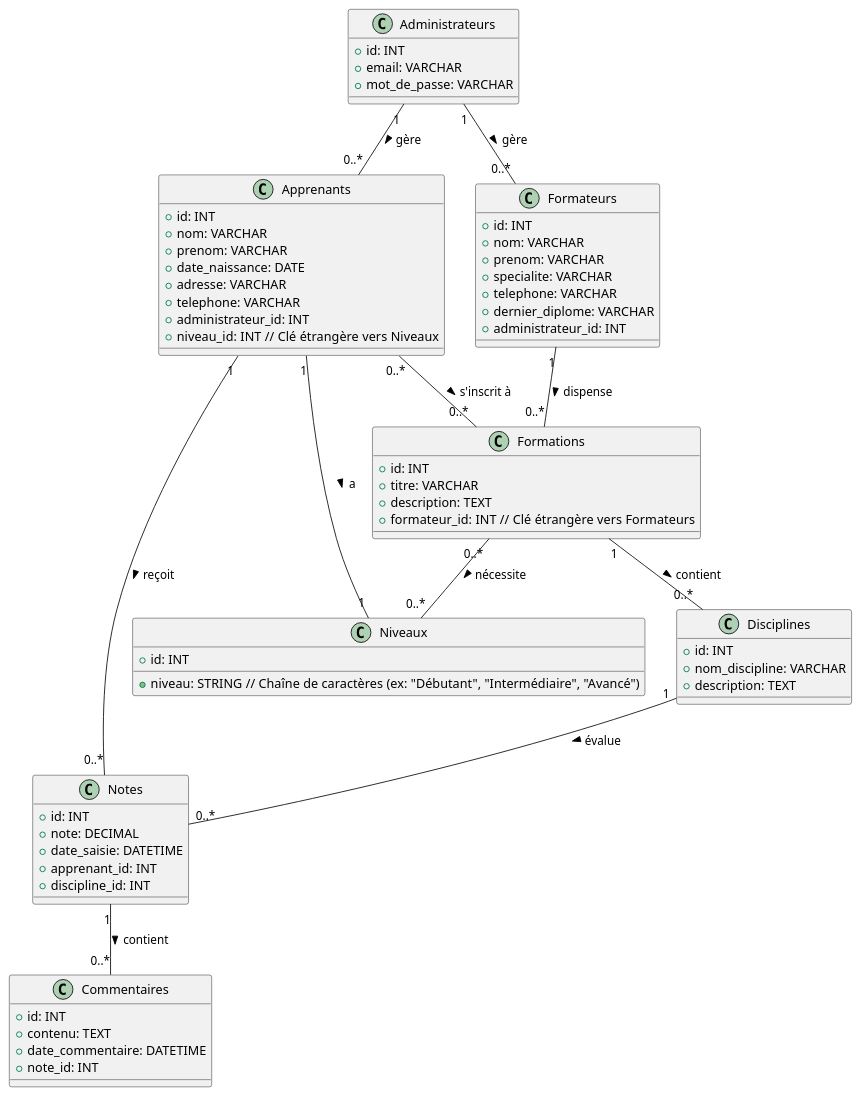
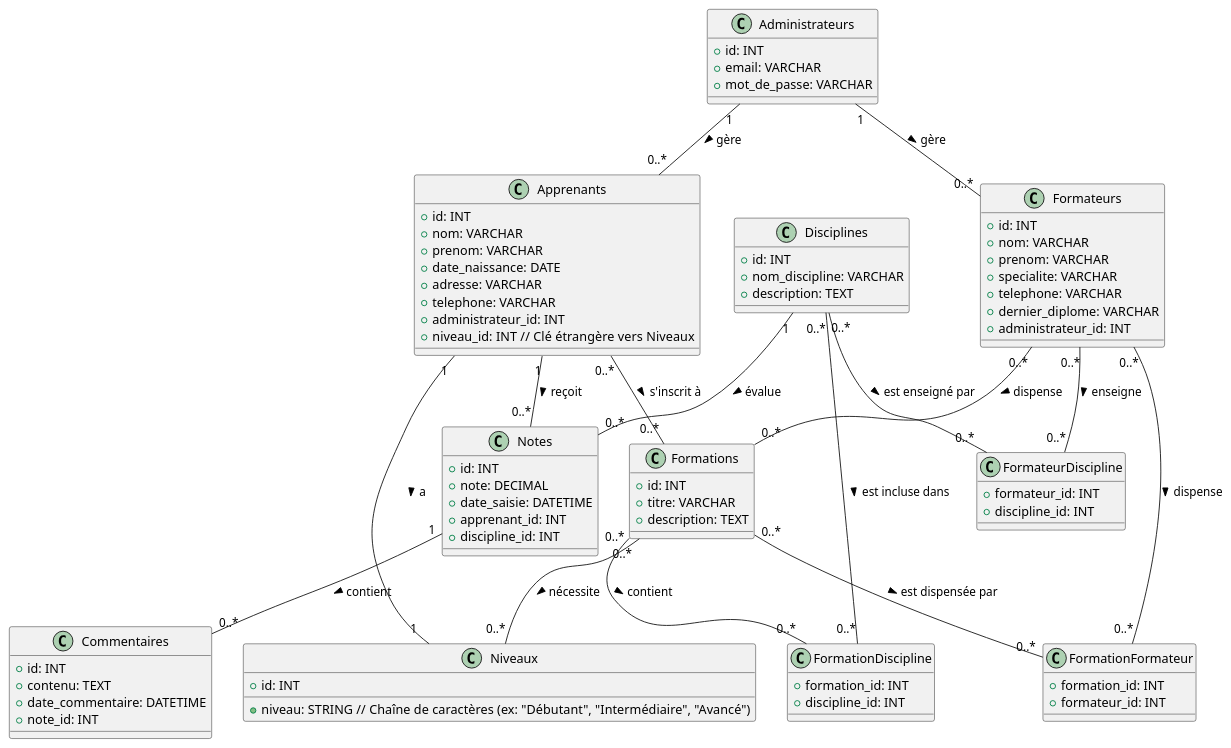
The diagram in classe.plantUml (expedit206/student_app), drawn with PlantUML before and after one commit. The commit also changed 21 other files, not shown here.

```diff
--- a/classe.plantUml
+++ b/classe.plantUml
@@ -1,74 +1,93 @@
 @startuml
 
 class Administrateurs {
     +id: INT
     +email: VARCHAR
     +mot_de_passe: VARCHAR
 }
 
 class Apprenants {
     +id: INT
     +nom: VARCHAR
     +prenom: VARCHAR
     +date_naissance: DATE
     +adresse: VARCHAR
     +telephone: VARCHAR
     +administrateur_id: INT
     +niveau_id: INT  // Clé étrangère vers Niveaux
 }
 
 class Formateurs {
     +id: INT
     +nom: VARCHAR
     +prenom: VARCHAR
     +specialite: VARCHAR
     +telephone: VARCHAR
     +dernier_diplome: VARCHAR
     +administrateur_id: INT
 }
 
 class Disciplines {
     +id: INT
     +nom_discipline: VARCHAR
     +description: TEXT
 }
 
 class Formations {
     +id: INT
     +titre: VARCHAR
     +description: TEXT
-    +formateur_id: INT  // Clé étrangère vers Formateurs
 }
 
 class Niveaux {
     +id: INT
     +niveau: STRING  // Chaîne de caractères (ex: "Débutant", "Intermédiaire", "Avancé")
 }
 
 class Notes {
     +id: INT
     +note: DECIMAL
     +date_saisie: DATETIME
     +apprenant_id: INT
     +discipline_id: INT
 }
 
 class Commentaires {
     +id: INT
     +contenu: TEXT
     +date_commentaire: DATETIME
     +note_id: INT
 }
 
+class FormationDiscipline {
+    +formation_id: INT
+    +discipline_id: INT
+}
+
+class FormateurDiscipline {
+    +formateur_id: INT
+    +discipline_id: INT
+}
+
+class FormationFormateur {
+    +formation_id: INT
+    +formateur_id: INT
+}
+
 Administrateurs "1" -- "0..*" Apprenants : gère >
 Administrateurs "1" -- "0..*" Formateurs : gère >
-Formations "1" -- "0..*" Disciplines : contient >
+Formations "0..*" -- "0..*" FormationDiscipline : contient >
+Disciplines "0..*" -- "0..*" FormationDiscipline : est incluse dans >
 Apprenants "1" -- "0..*" Notes : reçoit >
 Disciplines "1" -- "0..*" Notes : évalue >
 Notes "1" -- "0..*" Commentaires : contient >
 Apprenants "0..*" -- "0..*" Formations : s'inscrit à >
 Formations "0..*" -- "0..*" Niveaux : nécessite >
 Apprenants "1" -- "1" Niveaux : a >
-Formateurs "1" -- "0..*" Formations : dispense >
+Formateurs "0..*" -- "0..*" Formations : dispense >
+Formateurs "0..*" -- "0..*" FormateurDiscipline : enseigne >
+Disciplines "0..*" -- "0..*" FormateurDiscipline : est enseigné par >
+Formateurs "0..*" -- "0..*" FormationFormateur : dispense >
+Formations "0..*" -- "0..*" FormationFormateur : est dispensée par >
 
 @enduml
```
